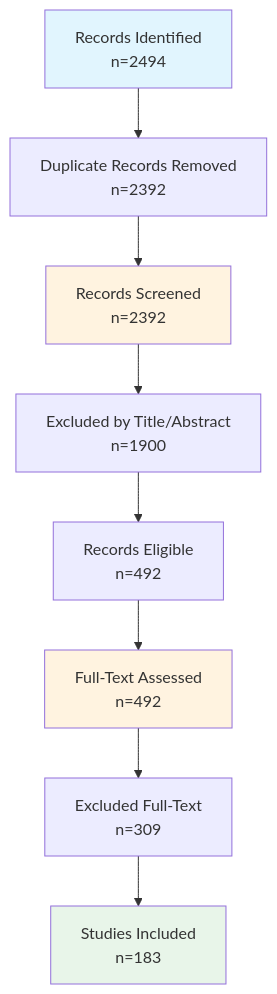
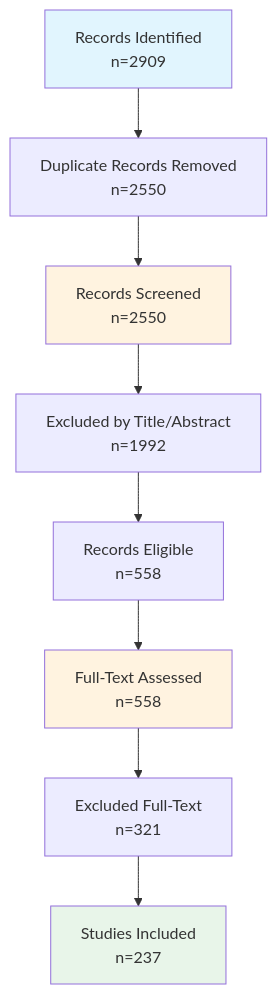
One commit to OliveiraEdu/R changed the diagram in slr_results/09_report.md. Above: the diagram before and after it, drawn with Mermaid. The commit also changed other lines of this file and 30 other files, not shown here.

````diff
--- a/slr_results/09_report.md
+++ b/slr_results/09_report.md
@@ -32,14 +32,14 @@
 ```mermaid
 flowchart TD
-    A[Records Identified<br/>n=2494] --> B[Duplicate Records Removed<br/>n=2392]
-    B --> C[Records Screened<br/>n=2392]
-    C --> D[Excluded by Title/Abstract<br/>n=1900]
-    D --> E[Records Eligible<br/>n=492]
-    E --> F[Full-Text Assessed<br/>n=492]
-    F --> G[Excluded Full-Text<br/>n=309]
-    G --> H[Studies Included<br/>n=183]
+    A[Records Identified<br/>n=2909] --> B[Duplicate Records Removed<br/>n=2550]
+    B --> C[Records Screened<br/>n=2550]
+    C --> D[Excluded by Title/Abstract<br/>n=1992]
+    D --> E[Records Eligible<br/>n=558]
+    E --> F[Full-Text Assessed<br/>n=558]
+    F --> G[Excluded Full-Text<br/>n=321]
+    G --> H[Studies Included<br/>n=237]
     style A fill:#e1f5fe
     style C fill:#fff3e0
     style F fill:#fff3e0
     style H fill:#e8f5e9
 ```
````
